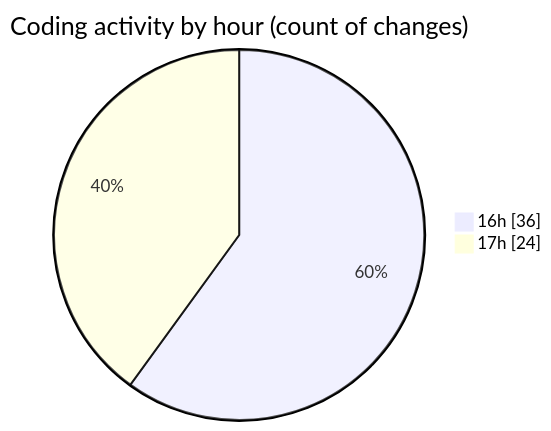
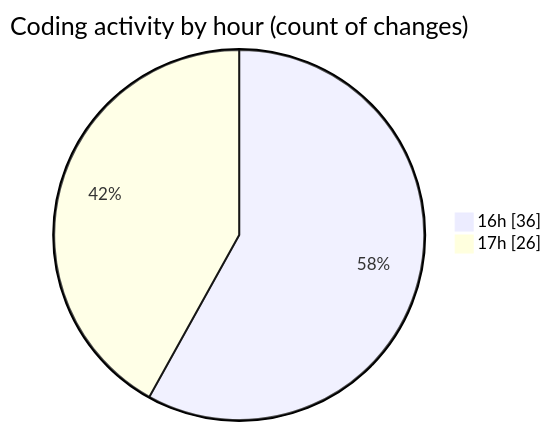
One commit to robertbonfada/code-tracking changed the second of 2 diagrams in 2025-03-11/mbc-web/README.md. Above: the diagram before and after it, drawn with Mermaid. The commit also changed other lines of this file and 1 other file, not shown here.

````diff
--- a/2025-03-11/mbc-web/README.md
+++ b/2025-03-11/mbc-web/README.md
@@ -40,6 +41,6 @@
 ```mermaid
 pie showData
 title Coding activity by hour (count of changes)
 "16h" : 36
-"17h" : 24
+"17h" : 26
 ```
````
